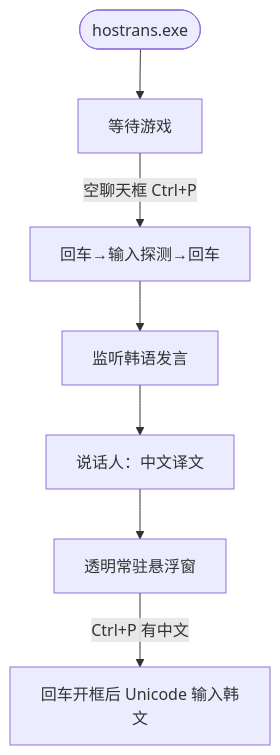
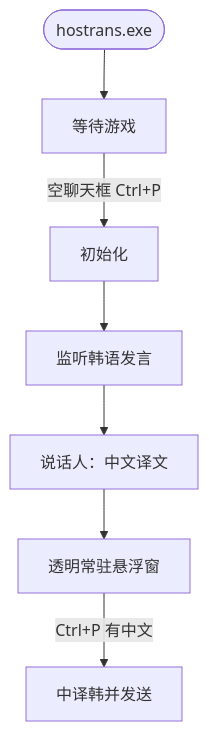
One commit to lewoking/hostrans-go changed the diagram in README.md. Above: the diagram before and after it, drawn with Mermaid. The commit also changed other lines of this file, not shown here.

````diff
--- a/README.md
+++ b/README.md
@@ -5,9 +5,9 @@
 ```mermaid
 flowchart TB
     Start(["hostrans.exe"]) --> Wait["等待游戏"]
-    Wait -->|"空聊天框 Ctrl+P"| Loc["回车→输入探测→回车"]
+    Wait -->|"空聊天框 Ctrl+P"| Loc["初始化"]
     Loc --> Poll["监听韩语发言"]
     Poll --> ZH["说话人：中文译文"]
     ZH --> OV["透明常驻悬浮窗"]
-    OV -->|"Ctrl+P 有中文"| Paste["回车开框后 Unicode 输入韩文"]
+    OV -->|"Ctrl+P 有中文"| Paste["中译韩并发送"]
 ```
````
